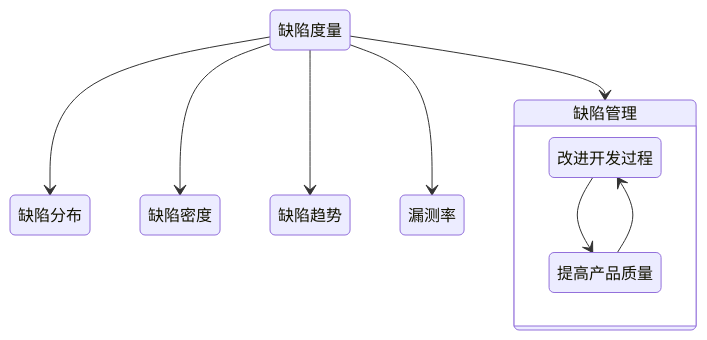
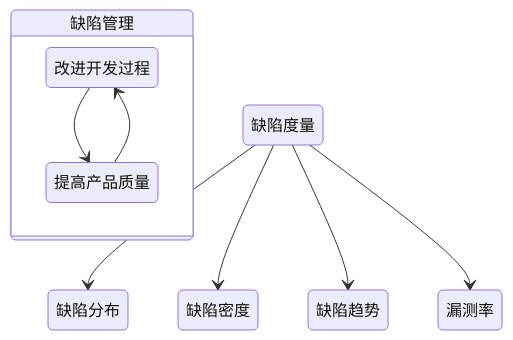
One commit to 0xcaffebabe/note changed the third of 6 diagrams in doc/软件工程/质量工程.md. Above: the diagram before and after it, drawn with Mermaid. The commit also changed other lines of this file, not shown here.

````diff
--- a/doc/软件工程/质量工程.md
+++ b/doc/软件工程/质量工程.md
@@ -150,12 +155,11 @@
 ```mermaid
 stateDiagram-v2
   state 缺陷管理 {
     改进开发过程 --> 提高产品质量
     提高产品质量 --> 改进开发过程
   }
   缺陷度量 --> 缺陷分布
   缺陷度量 --> 缺陷密度
   缺陷度量 --> 缺陷趋势
   缺陷度量 --> 漏测率
-  缺陷度量 --> 缺陷管理
 ```
````
